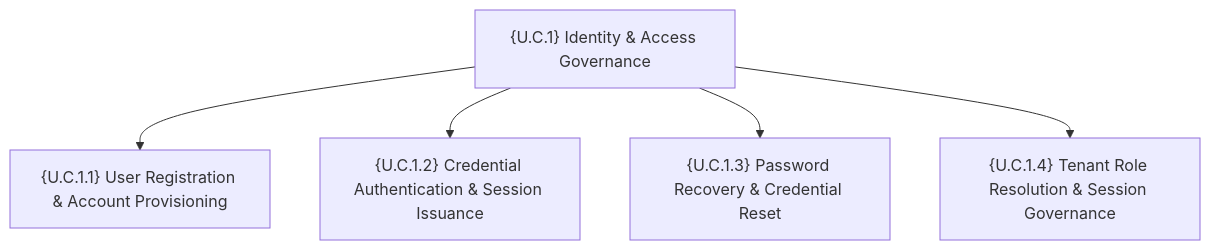
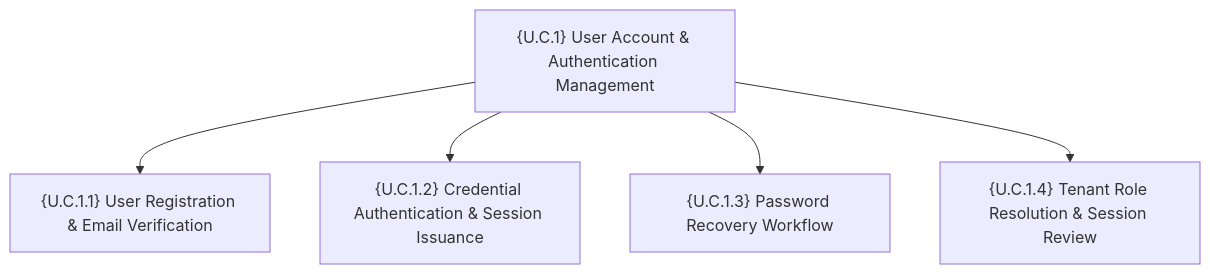
Before and after one commit to pauloribeiro16/aegis-mvp: the third of 8 diagrams in cases/Case_01_TinyTask_SaaS/03_PHASE3_SPEC/Doc02_System_Use_Cases.md, drawn with Mermaid. The commit also changed other lines of this file and 1 other file, not shown here.

````diff
--- a/cases/Case_01_TinyTask_SaaS/03_PHASE3_SPEC/Doc02_System_Use_Cases.md
+++ b/cases/Case_01_TinyTask_SaaS/03_PHASE3_SPEC/Doc02_System_Use_Cases.md
@@ -153,7 +153,7 @@
 ```mermaid
 flowchart TD
-    UC1["{U.C.1} Identity & Access Governance"] --> UC11["{U.C.1.1} User Registration & Account Provisioning"]
+    UC1["{U.C.1} User Account & Authentication Management"] --> UC11["{U.C.1.1} User Registration & Email Verification"]
     UC1 --> UC12["{U.C.1.2} Credential Authentication & Session Issuance"]
-    UC1 --> UC13["{U.C.1.3} Password Recovery & Credential Reset"]
-    UC1 --> UC14["{U.C.1.4} Tenant Role Resolution & Session Governance"]
+    UC1 --> UC13["{U.C.1.3} Password Recovery Workflow"]
+    UC1 --> UC14["{U.C.1.4} Tenant Role Resolution & Session Review"]
 ```
````
